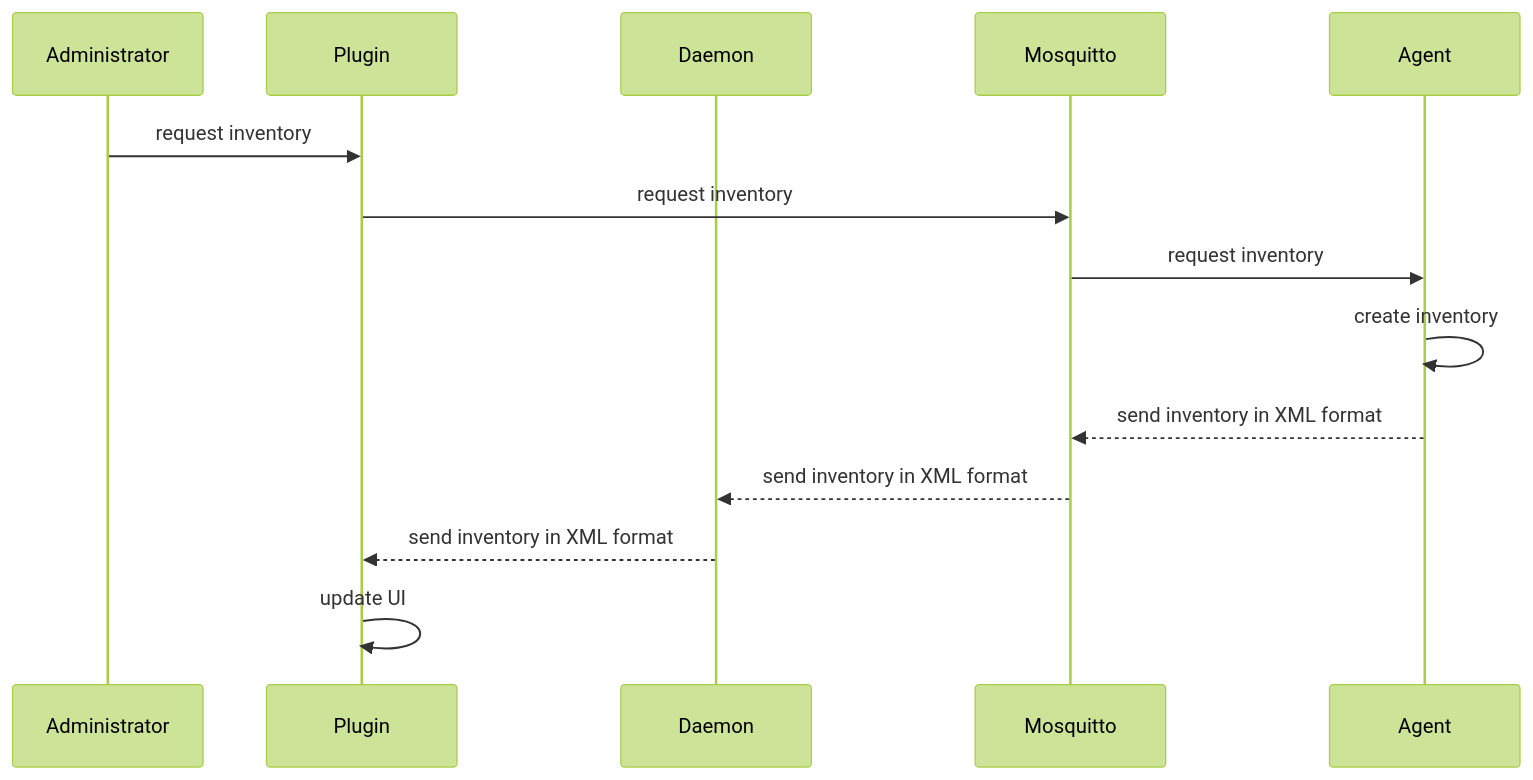
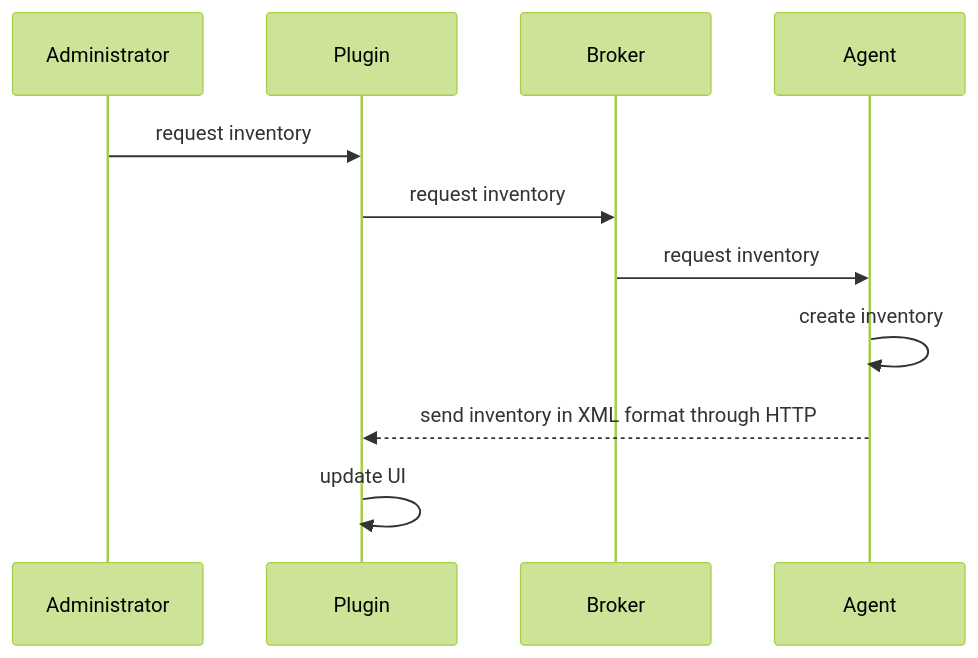
Before and after one commit to flyve-mdm/doc: diagram 12 of 14 in source/contribute/diagrams.rst, drawn with Mermaid (forest theme). The commit also changed other lines of this file, not shown here.

First line of the commit message:
docs(uml): add fcm diagrams

```diff
--- a/source/contribute/diagrams.rst
+++ b/source/contribute/diagrams.rst
@@ -208,16 +249,13 @@
 .. mermaid::
 
    sequenceDiagram
     participant A as Administrator
     participant P as Plugin
-    participant D as Daemon
-    participant M as Mosquitto
+    participant B as Broker
     participant Ag as Agent
     A->>P: request inventory
-    P->>M: request inventory
-    M->>Ag: request inventory
+    P->>B: request inventory
+    B->>Ag: request inventory
     Ag->>Ag: create inventory
-    Ag-->>M: send inventory in XML format
-    M-->>D: send inventory in XML format
-    D-->>P: send inventory in XML format
+    Ag-->>P: send inventory in XML format through HTTP
     P->>P: update UI
```
